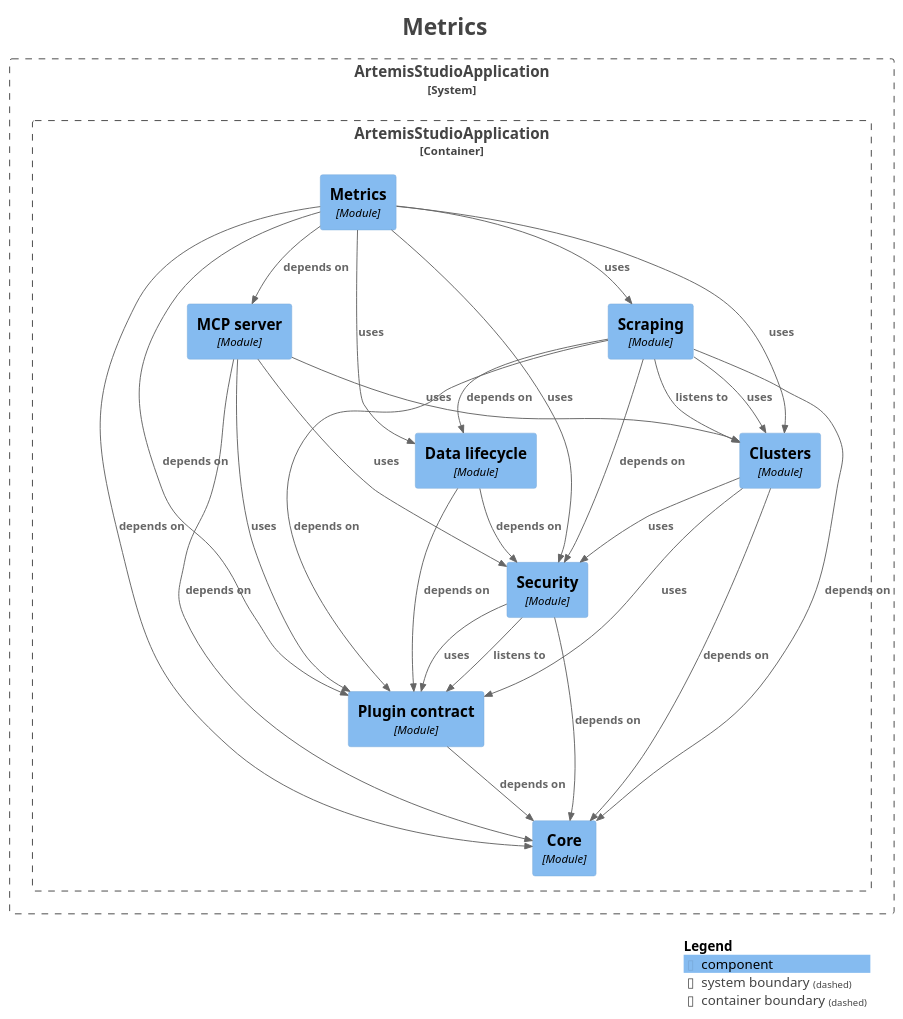
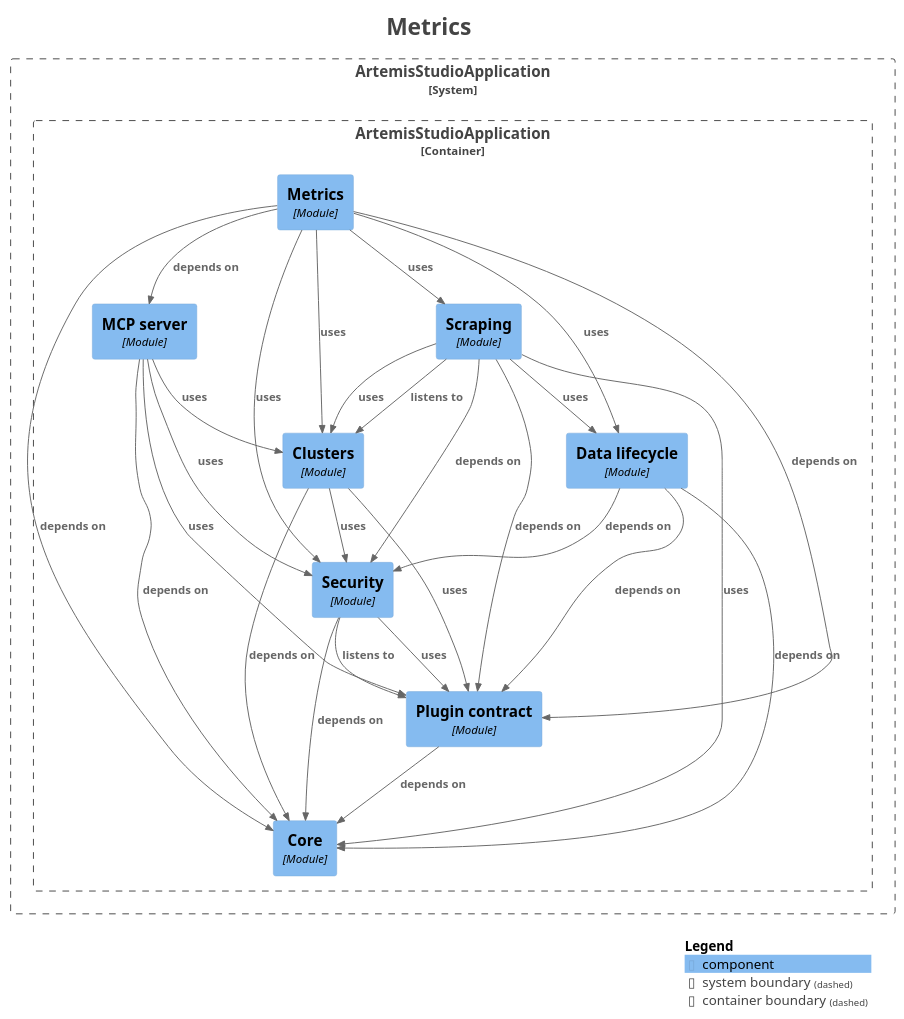
The diagram in docs/modules/module-feature.metrics.puml (sudoitir/artemis-studio), drawn with PlantUML before and after one commit. The commit also changed 90 other files, not shown here.

```diff
--- a/docs/modules/module-feature.metrics.puml
+++ b/docs/modules/module-feature.metrics.puml
@@ -1,61 +1,62 @@
 @startuml
 title <size:24>Metrics</size>
 
 set separator none
 top to bottom direction
 
 <style>
   root {
     BackgroundColor: #ffffff
     FontColor: #444444
   }
 </style>
 
 !include <C4/C4>
 !include <C4/C4_Context>
 !include <C4/C4_Component>
 
 System_Boundary("ArtemisStudioApplication_boundary", "ArtemisStudioApplication", $tags="") {
   Container_Boundary("ArtemisStudioApplication.ArtemisStudioApplication_boundary", "ArtemisStudioApplication", $tags="") {
     Component(ArtemisStudioApplication.ArtemisStudioApplication.Clusters, "Clusters", $techn="Module", $descr="", $tags="", $link="")
     Component(ArtemisStudioApplication.ArtemisStudioApplication.Core, "Core", $techn="Module", $descr="", $tags="", $link="")
     Component(ArtemisStudioApplication.ArtemisStudioApplication.Datalifecycle, "Data lifecycle", $techn="Module", $descr="", $tags="", $link="")
     Component(ArtemisStudioApplication.ArtemisStudioApplication.MCPserver, "MCP server", $techn="Module", $descr="", $tags="", $link="")
     Component(ArtemisStudioApplication.ArtemisStudioApplication.Metrics, "Metrics", $techn="Module", $descr="", $tags="", $link="")
     Component(ArtemisStudioApplication.ArtemisStudioApplication.Plugincontract, "Plugin contract", $techn="Module", $descr="", $tags="", $link="")
     Component(ArtemisStudioApplication.ArtemisStudioApplication.Scraping, "Scraping", $techn="Module", $descr="", $tags="", $link="")
     Component(ArtemisStudioApplication.ArtemisStudioApplication.Security, "Security", $techn="Module", $descr="", $tags="", $link="")
   }
 
 }
 
 Rel(ArtemisStudioApplication.ArtemisStudioApplication.Clusters, ArtemisStudioApplication.ArtemisStudioApplication.Core, "depends on", $techn="", $tags="", $link="")
 Rel(ArtemisStudioApplication.ArtemisStudioApplication.Clusters, ArtemisStudioApplication.ArtemisStudioApplication.Plugincontract, "uses", $techn="", $tags="", $link="")
 Rel(ArtemisStudioApplication.ArtemisStudioApplication.Clusters, ArtemisStudioApplication.ArtemisStudioApplication.Security, "uses", $techn="", $tags="", $link="")
+Rel(ArtemisStudioApplication.ArtemisStudioApplication.Datalifecycle, ArtemisStudioApplication.ArtemisStudioApplication.Core, "depends on", $techn="", $tags="", $link="")
 Rel(ArtemisStudioApplication.ArtemisStudioApplication.Datalifecycle, ArtemisStudioApplication.ArtemisStudioApplication.Plugincontract, "depends on", $techn="", $tags="", $link="")
 Rel(ArtemisStudioApplication.ArtemisStudioApplication.Datalifecycle, ArtemisStudioApplication.ArtemisStudioApplication.Security, "depends on", $techn="", $tags="", $link="")
 Rel(ArtemisStudioApplication.ArtemisStudioApplication.MCPserver, ArtemisStudioApplication.ArtemisStudioApplication.Clusters, "uses", $techn="", $tags="", $link="")
 Rel(ArtemisStudioApplication.ArtemisStudioApplication.MCPserver, ArtemisStudioApplication.ArtemisStudioApplication.Core, "depends on", $techn="", $tags="", $link="")
 Rel(ArtemisStudioApplication.ArtemisStudioApplication.MCPserver, ArtemisStudioApplication.ArtemisStudioApplication.Plugincontract, "uses", $techn="", $tags="", $link="")
 Rel(ArtemisStudioApplication.ArtemisStudioApplication.MCPserver, ArtemisStudioApplication.ArtemisStudioApplication.Security, "uses", $techn="", $tags="", $link="")
 Rel(ArtemisStudioApplication.ArtemisStudioApplication.Metrics, ArtemisStudioApplication.ArtemisStudioApplication.Clusters, "uses", $techn="", $tags="", $link="")
 Rel(ArtemisStudioApplication.ArtemisStudioApplication.Metrics, ArtemisStudioApplication.ArtemisStudioApplication.Core, "depends on", $techn="", $tags="", $link="")
 Rel(ArtemisStudioApplication.ArtemisStudioApplication.Metrics, ArtemisStudioApplication.ArtemisStudioApplication.Datalifecycle, "uses", $techn="", $tags="", $link="")
 Rel(ArtemisStudioApplication.ArtemisStudioApplication.Metrics, ArtemisStudioApplication.ArtemisStudioApplication.MCPserver, "depends on", $techn="", $tags="", $link="")
 Rel(ArtemisStudioApplication.ArtemisStudioApplication.Metrics, ArtemisStudioApplication.ArtemisStudioApplication.Plugincontract, "depends on", $techn="", $tags="", $link="")
 Rel(ArtemisStudioApplication.ArtemisStudioApplication.Metrics, ArtemisStudioApplication.ArtemisStudioApplication.Scraping, "uses", $techn="", $tags="", $link="")
 Rel(ArtemisStudioApplication.ArtemisStudioApplication.Metrics, ArtemisStudioApplication.ArtemisStudioApplication.Security, "uses", $techn="", $tags="", $link="")
 Rel(ArtemisStudioApplication.ArtemisStudioApplication.Plugincontract, ArtemisStudioApplication.ArtemisStudioApplication.Core, "depends on", $techn="", $tags="", $link="")
 Rel(ArtemisStudioApplication.ArtemisStudioApplication.Scraping, ArtemisStudioApplication.ArtemisStudioApplication.Clusters, "listens to", $techn="", $tags="", $link="")
 Rel(ArtemisStudioApplication.ArtemisStudioApplication.Scraping, ArtemisStudioApplication.ArtemisStudioApplication.Clusters, "uses", $techn="", $tags="", $link="")
-Rel(ArtemisStudioApplication.ArtemisStudioApplication.Scraping, ArtemisStudioApplication.ArtemisStudioApplication.Core, "depends on", $techn="", $tags="", $link="")
-Rel(ArtemisStudioApplication.ArtemisStudioApplication.Scraping, ArtemisStudioApplication.ArtemisStudioApplication.Datalifecycle, "depends on", $techn="", $tags="", $link="")
+Rel(ArtemisStudioApplication.ArtemisStudioApplication.Scraping, ArtemisStudioApplication.ArtemisStudioApplication.Core, "uses", $techn="", $tags="", $link="")
+Rel(ArtemisStudioApplication.ArtemisStudioApplication.Scraping, ArtemisStudioApplication.ArtemisStudioApplication.Datalifecycle, "uses", $techn="", $tags="", $link="")
 Rel(ArtemisStudioApplication.ArtemisStudioApplication.Scraping, ArtemisStudioApplication.ArtemisStudioApplication.Plugincontract, "depends on", $techn="", $tags="", $link="")
 Rel(ArtemisStudioApplication.ArtemisStudioApplication.Scraping, ArtemisStudioApplication.ArtemisStudioApplication.Security, "depends on", $techn="", $tags="", $link="")
 Rel(ArtemisStudioApplication.ArtemisStudioApplication.Security, ArtemisStudioApplication.ArtemisStudioApplication.Core, "depends on", $techn="", $tags="", $link="")
 Rel(ArtemisStudioApplication.ArtemisStudioApplication.Security, ArtemisStudioApplication.ArtemisStudioApplication.Plugincontract, "listens to", $techn="", $tags="", $link="")
 Rel(ArtemisStudioApplication.ArtemisStudioApplication.Security, ArtemisStudioApplication.ArtemisStudioApplication.Plugincontract, "uses", $techn="", $tags="", $link="")
 
 SHOW_LEGEND(true)
 hide stereotypes
 @enduml
```
